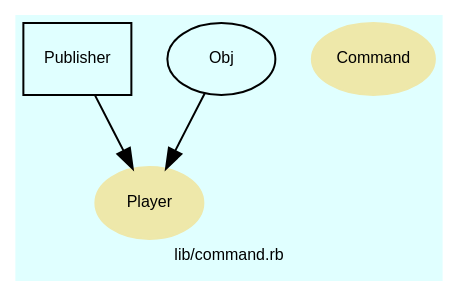
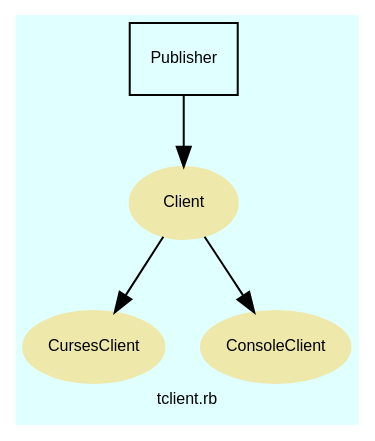
Before and after one commit to Tyche/teensymud: the diagram in doc/dot/f_4.dot, drawn with Graphviz. The commit also changed 154 other files, not shown here.

Commit message:
Created lib/db directory and moved database.rb there. Split out game object classes in tmud.rb to lib/db. Renamed Obj to GameObject. Added test modules for game objects. Added TML documentation file.

```diff
--- a/doc/dot/f_4.dot
+++ b/doc/dot/f_4.dot
@@ -1,50 +1,58 @@
 digraph TopLevel {
     compound = true
     bgcolor = lightcyan1
     fontname = Arial
     fontsize = 8
-    label = "lib/command.rb"
+    label = "tclient.rb"
     node [
         fontname = Arial,
         fontsize = 8,
         color = black
     ]
 
-    Player [
+    CursesClient [
         fontcolor = black,
-        URL = "classes/Player.html",
+        URL = "classes/CursesClient.html",
         shape = ellipse,
         color = palegoldenrod,
         style = filled,
-        label = "Player"
+        label = "CursesClient"
     ]
 
-    Command [
+    Client [
         fontcolor = black,
-        URL = "classes/Command.html",
+        URL = "classes/Client.html",
         shape = ellipse,
         color = palegoldenrod,
         style = filled,
-        label = "Command"
+        label = "Client"
+    ]
+
+    ConsoleClient [
+        fontcolor = black,
+        URL = "classes/ConsoleClient.html",
+        shape = ellipse,
+        color = palegoldenrod,
+        style = filled,
+        label = "ConsoleClient"
+    ]
+
+    Client -> CursesClient [
+
     ]
 
     Publisher [
         URL = "classes/Publisher.html",
         shape = box,
         label = "Publisher"
     ]
 
-    Publisher -> Player [
+    Publisher -> Client [
 
     ]
 
-    Obj [
-        URL = "classes/Obj.html",
-        label = "Obj"
-    ]
-
-    Obj -> Player [
+    Client -> ConsoleClient [
 
     ]
 
 }
```
